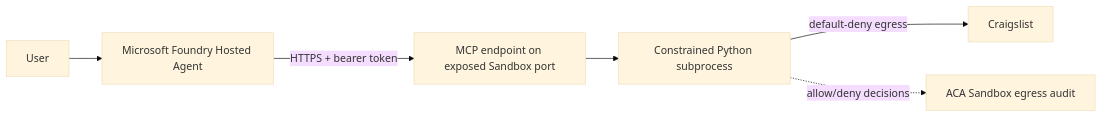
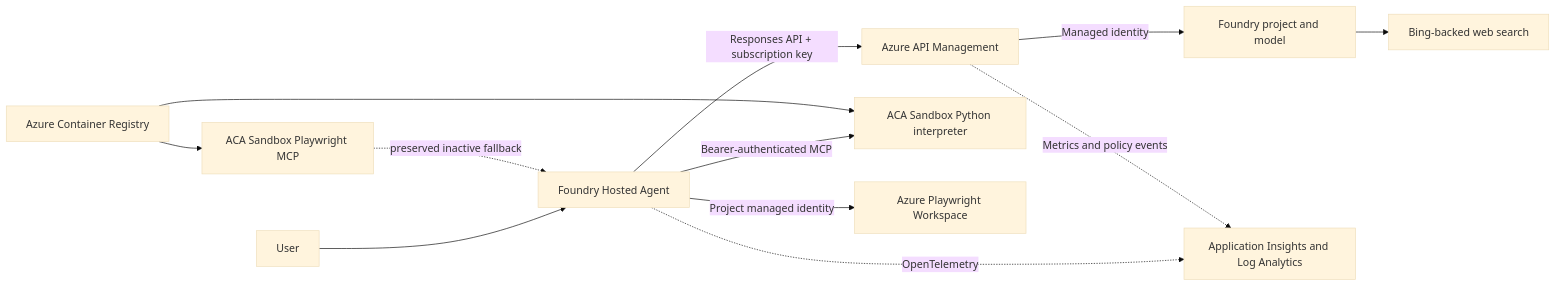
The diagram in README.md (simonjj/foundry-agent-egress-control-mcp), drawn with Mermaid (base theme) before and after one commit. The commit also changed other lines of this file and 30 other files, not shown here.

First line of the commit message:
Deploy governed Foundry agent architecture

````diff
--- a/README.md
+++ b/README.md
@@ -15,8 +41,14 @@
 ```mermaid
 flowchart LR
-    U[User] --> F[Microsoft Foundry Hosted Agent]
-    F -->|HTTPS + bearer token| M[MCP endpoint on exposed Sandbox port]
-    M --> P[Constrained Python subprocess]
-    P -->|default-deny egress| C[Craigslist]
-    P -. allow/deny decisions .-> E[ACA Sandbox egress audit]
+    U[User] --> A[Foundry Hosted Agent]
+    A -->|Responses API + subscription key| G[Azure API Management]
+    G -->|Managed identity| F[Foundry project and model]
+    F --> W[Bing-backed web search]
+    A -->|Bearer-authenticated MCP| S[ACA Sandbox Python interpreter]
+    A -->|Project managed identity| P[Azure Playwright Workspace]
+    B[ACA Sandbox Playwright MCP] -. preserved inactive fallback .-> A
+    R[Azure Container Registry] --> S
+    R --> B
+    A -. OpenTelemetry .-> O[Application Insights and Log Analytics]
+    G -. Metrics and policy events .-> O
 ```
````
